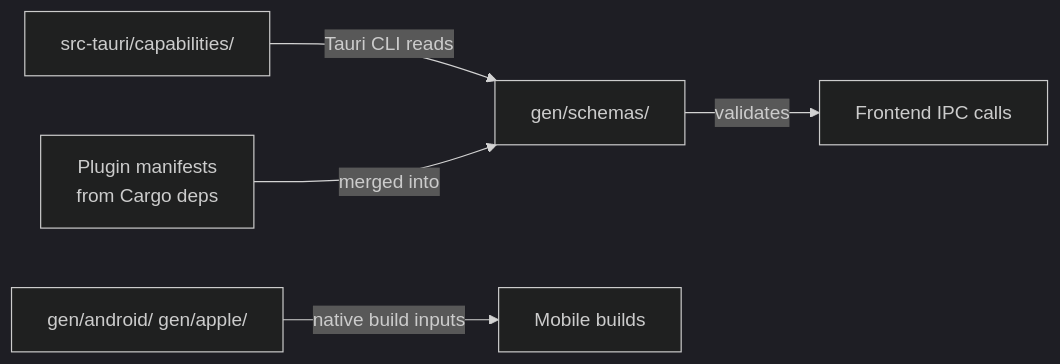
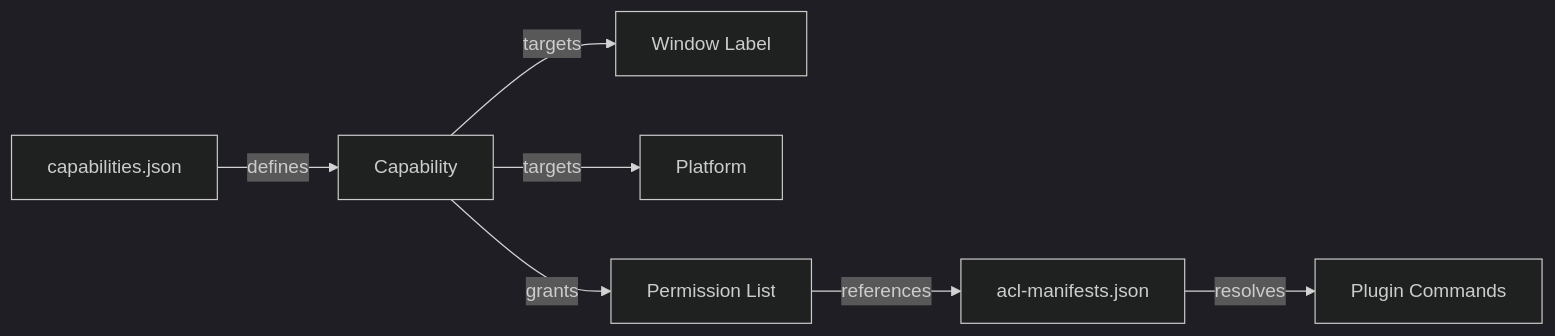
One commit to leszek3737/librefang-WIki changed the diagram in other-librefang-desktop-gen.md. Above: the diagram before and after it, drawn with Mermaid (dark theme). The commit also changed other lines of this file and 99 other files, not shown here.

````diff
--- a/other-librefang-desktop-gen.md
+++ b/other-librefang-desktop-gen.md
@@ -127,7 +39,9 @@
 ```mermaid
-graph LR
-    A[src-tauri/capabilities/] -->|Tauri CLI reads| B[gen/schemas/]
-    C[Plugin manifests<br/>from Cargo deps] -->|merged into| B
-    B -->|validates| D[Frontend IPC calls]
-    E[gen/android/ gen/apple/] -->|native build inputs| F[Mobile builds]
+flowchart LR
+    A[capabilities.json] -->|defines| B[Capability]
+    B -->|targets| C[Window Label]
+    B -->|targets| D[Platform]
+    B -->|grants| E[Permission List]
+    E -->|references| F[acl-manifests.json]
+    F -->|resolves| G[Plugin Commands]
 ```
````
